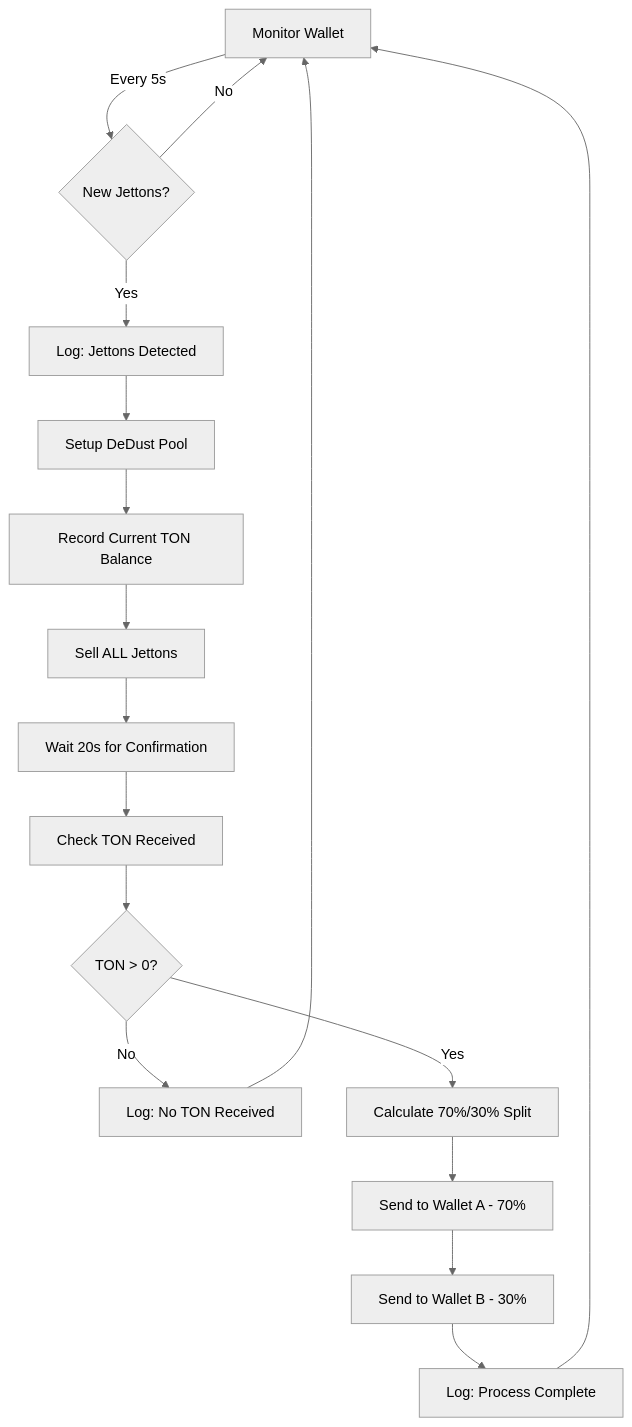
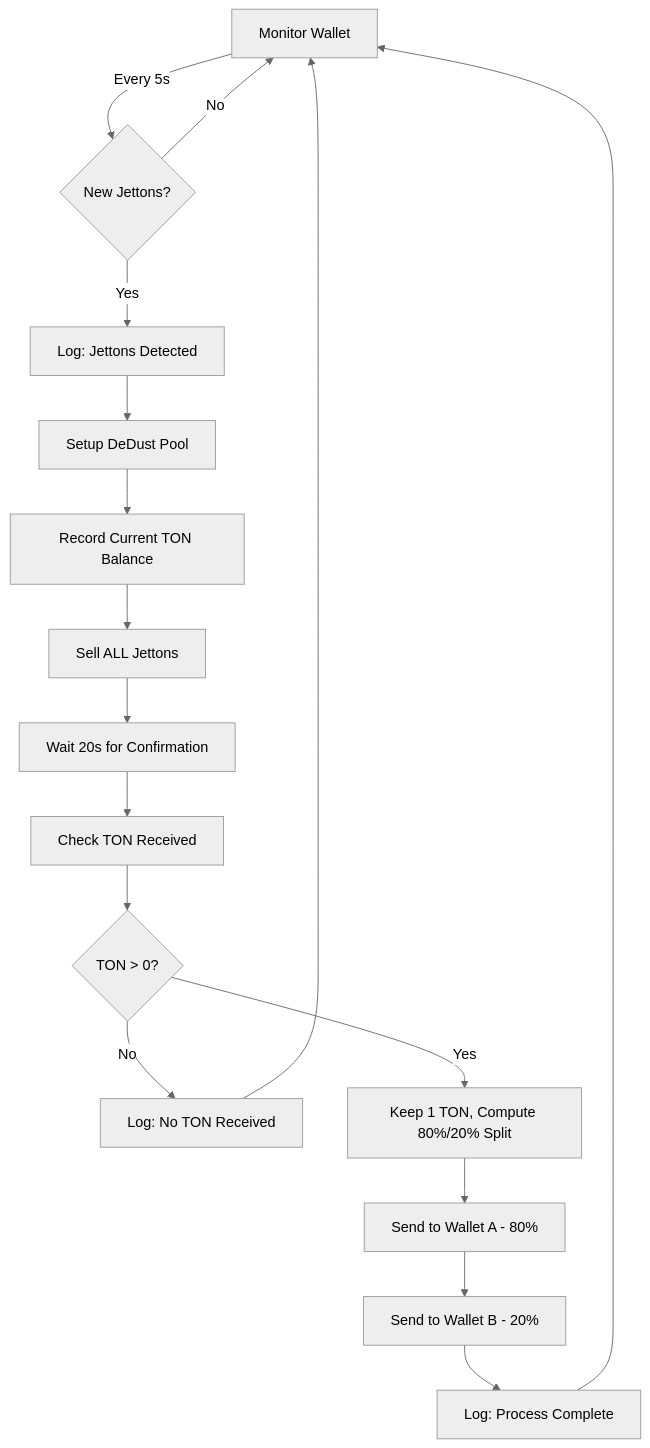
The diagram in README.md (Aryamanraj/tonautosell), drawn with Mermaid (neutral theme) before and after one commit. The commit also changed other lines of this file and 2 other files, not shown here.

````diff
--- a/README.md
+++ b/README.md
@@ -90,19 +90,19 @@
 ```mermaid
 graph TD
     A[Monitor Wallet] -->|Every 5s| B{New Jettons?}
     B -->|No| A
     B -->|Yes| C[Log: Jettons Detected]
     C --> D[Setup DeDust Pool]
     D --> E[Record Current TON Balance]
     E --> F[Sell ALL Jettons]
     F --> G[Wait 20s for Confirmation]
     G --> H[Check TON Received]
     H --> I{TON > 0?}
     I -->|No| J[Log: No TON Received]
-    I -->|Yes| K[Calculate 70%/30% Split]
-    K --> L[Send to Wallet A - 70%]
-    L --> M[Send to Wallet B - 30%]
+   I -->|Yes| K[Keep 1 TON, Compute 80%/20% Split]
+   K --> L[Send to Wallet A - 80%]
+   L --> M[Send to Wallet B - 20%]
     M --> N[Log: Process Complete]
     N --> A
     J --> A
 ```
````
